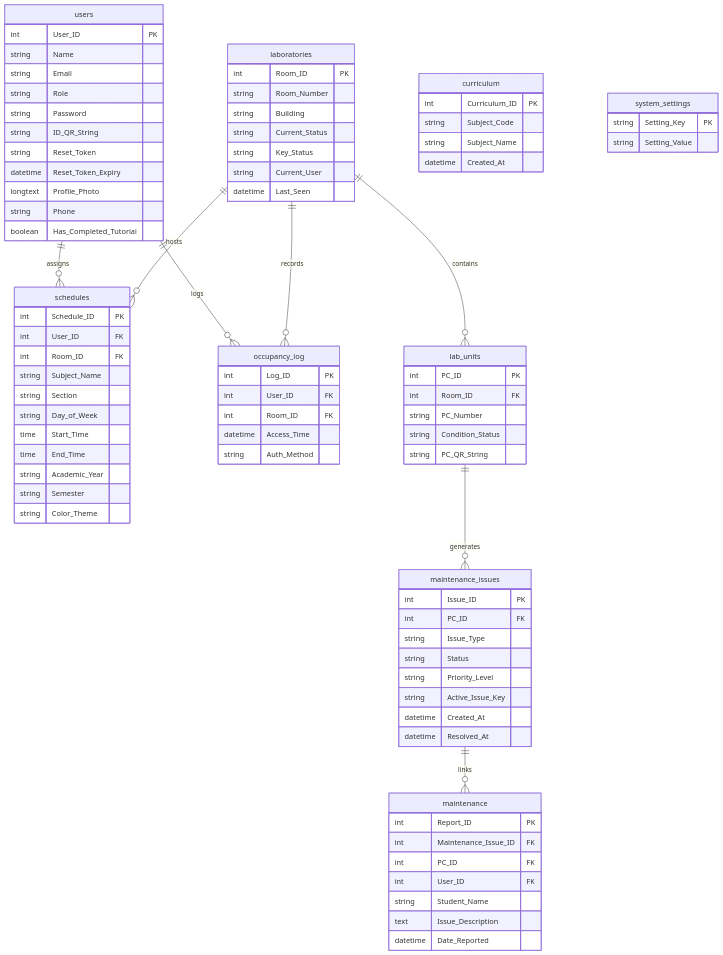
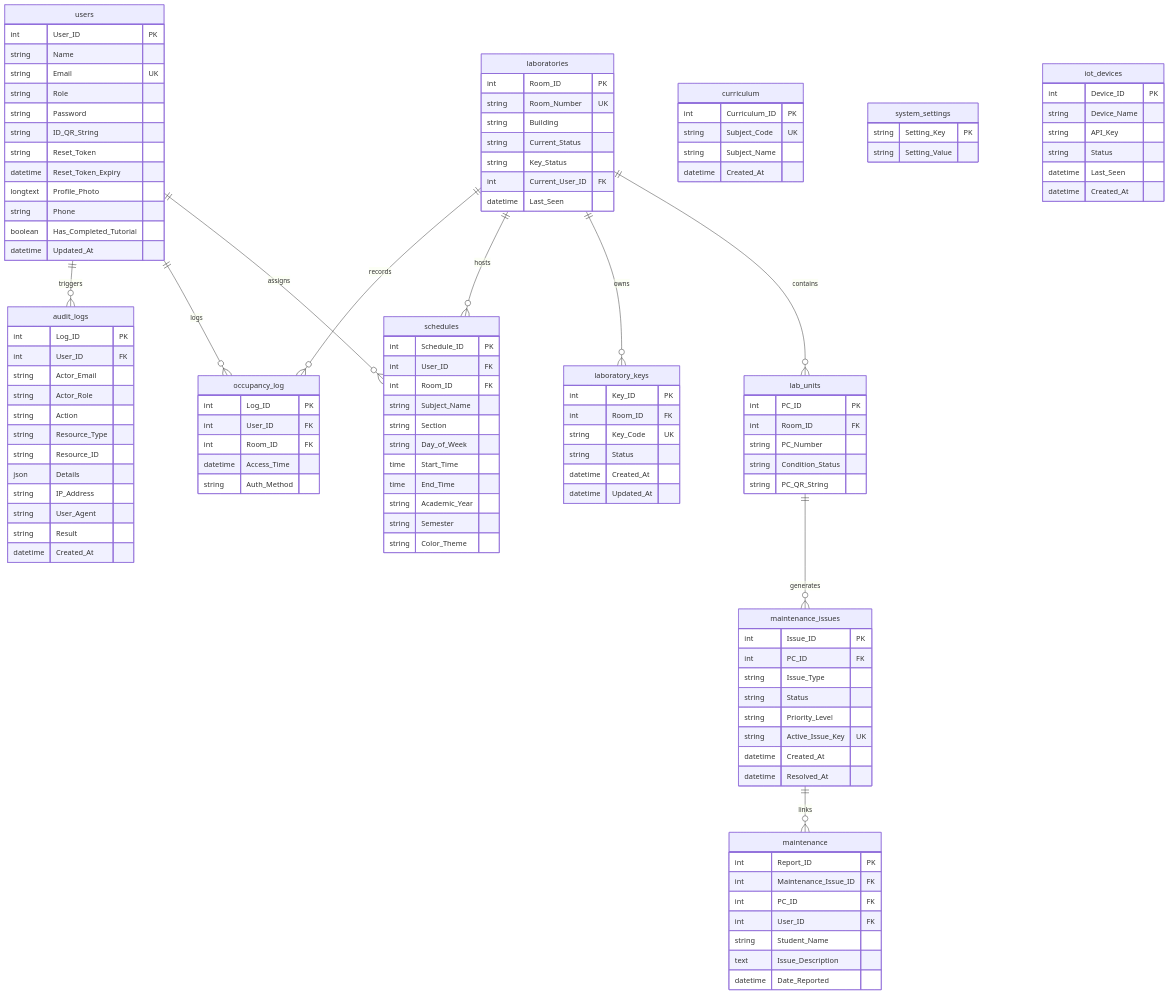
One commit to slushiiplayz13-ctrl/Labsync-BULSU-Sarmiento- changed the ninth of 9 diagrams in CHAPTER-1-5-SYSTEM-DOCUMENTATION.md. Above: the diagram before and after it, drawn with Mermaid. The commit also changed other lines of this file and 56 other files, not shown here.

````diff
--- a/CHAPTER-1-5-SYSTEM-DOCUMENTATION.md
+++ b/CHAPTER-1-5-SYSTEM-DOCUMENTATION.md
@@ -410,7 +592,9 @@
 erDiagram
     users ||--o{ schedules : assigns
     users ||--o{ occupancy_log : logs
+    users ||--o{ audit_logs : triggers
     laboratories ||--o{ lab_units : contains
+    laboratories ||--o{ laboratory_keys : owns
     laboratories ||--o{ schedules : hosts
     laboratories ||--o{ occupancy_log : records
     lab_units ||--o{ maintenance_issues : generates
@@ -419,7 +603,7 @@
     users {
         int User_ID PK
         string Name
-        string Email
+        string Email UK
         string Role
         string Password
         string ID_QR_String
@@ -428,16 +612,26 @@
         longtext Profile_Photo
         string Phone
         boolean Has_Completed_Tutorial
+        datetime Updated_At
     }
 
     laboratories {
         int Room_ID PK
-        string Room_Number
+        string Room_Number UK
         string Building
         string Current_Status
         string Key_Status
-        string Current_User
+        int Current_User_ID FK
         datetime Last_Seen
+    }
+
+    laboratory_keys {
+        int Key_ID PK
+        int Room_ID FK
+        string Key_Code UK
+        string Status
+        datetime Created_At
+        datetime Updated_At
     }
 
     lab_units {
@@ -454,7 +648,7 @@
         string Issue_Type
         string Status
         string Priority_Level
-        string Active_Issue_Key
+        string Active_Issue_Key UK
         datetime Created_At
         datetime Resolved_At
     }
@@ -485,7 +679,7 @@
 
     curriculum {
         int Curriculum_ID PK
-        string Subject_Code
+        string Subject_Code UK
         string Subject_Name
         datetime Created_At
     }
@@ -502,4 +696,28 @@
         datetime Access_Time
         string Auth_Method
     }
+
+    audit_logs {
+        int Log_ID PK
+        int User_ID FK
+        string Actor_Email
+        string Actor_Role
+        string Action
+        string Resource_Type
+        string Resource_ID
+        json Details
+        string IP_Address
+        string User_Agent
+        string Result
+        datetime Created_At
+    }
+
+    iot_devices {
+        int Device_ID PK
+        string Device_Name
+        string API_Key
+        string Status
+        datetime Last_Seen
+        datetime Created_At
+    }
 ```
````
